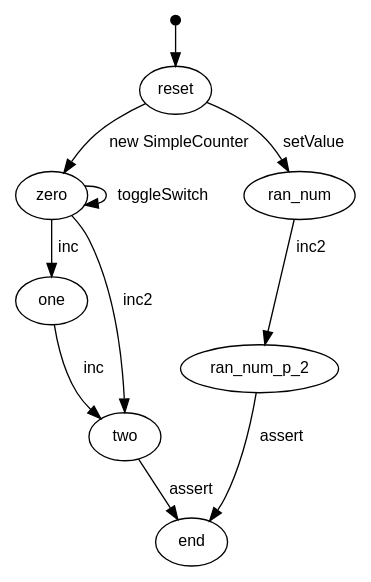
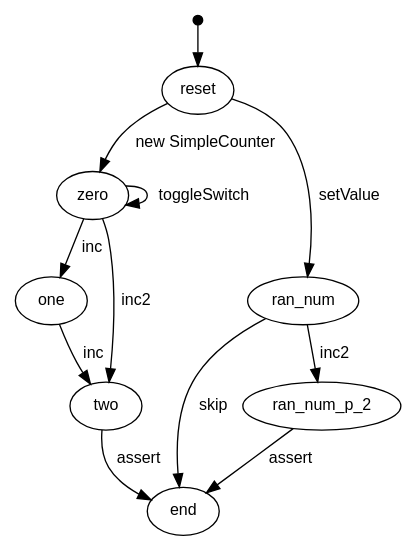
The diagram in modbat.examples.SimpleModel2.dot (georgewbar/modbat), drawn with Graphviz before and after one commit. The commit also changed 2 other files, not shown here.

```diff
--- a/modbat.examples.SimpleModel2.dot
+++ b/modbat.examples.SimpleModel2.dot
@@ -1,17 +1,17 @@
 digraph model {
-//  orientation = landscape;
   graph [ rankdir = "TB", ranksep="0.4", nodesep="0.2" ];
   node [ fontname = "Helvetica", fontsize="12.0", margin="0.07" ];
   edge [ fontname = "Helvetica", fontsize="12.0", margin="0.05" ];
   "" [ shape = "point", height="0.1" ];
   "" -> reset
   reset	-> zero [ label = " new SimpleCounter " ];
   reset	-> ran_num [ label = " setValue " ];
   zero	-> zero [ label = " toggleSwitch " ];
   zero	-> one [ label = " inc " ];
   one	-> two [ label = " inc " ];
   zero	-> two [ label = " inc2 " ];
   two	-> end [ label = " assert " ];
   ran_num	-> ran_num_p_2 [ label = " inc2 " ];
   ran_num_p_2	-> end [ label = " assert " ];
+  ran_num	-> end [ label = " skip " ];
 }
```
